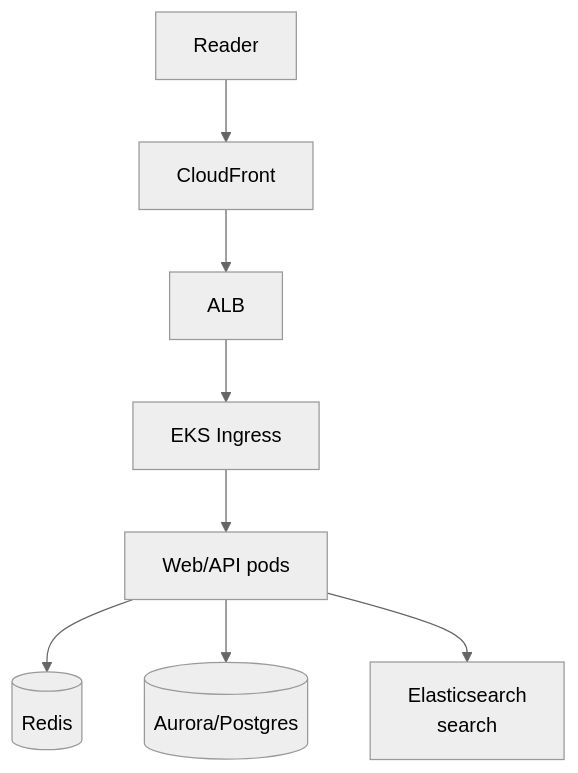
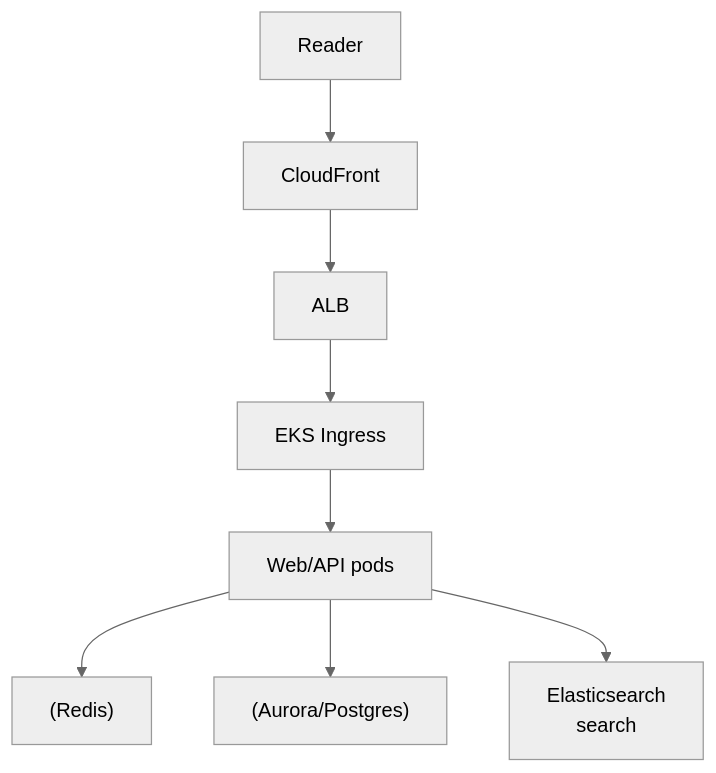
The diagram in 17-company-cases/washington-post.md (WhoisMonesh/K8S-Everything), drawn with Mermaid (neutral theme) before and after one commit. The commit also changed 62 other files, not shown here.

First line of the commit message:
Fix all Mermaid diagrams for GitHub compatibility

````diff
--- a/17-company-cases/washington-post.md
+++ b/17-company-cases/washington-post.md
@@ -24,10 +24,10 @@
 ```mermaid
 graph TD
     Reader --> CF[CloudFront]
     CF --> LB[ALB]
     LB --> Ingress[EKS Ingress]
     Ingress --> Web[Web/API pods]
-    Web --> Cache[(Redis)]
-    Web --> DB[(Aurora/Postgres)]
+    Web --> Cache["(Redis)"]
+    Web --> DB["(Aurora/Postgres)"]
     Web --> ES[Elasticsearch<br/>search]
 ```
````
